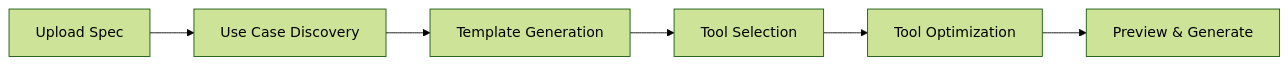
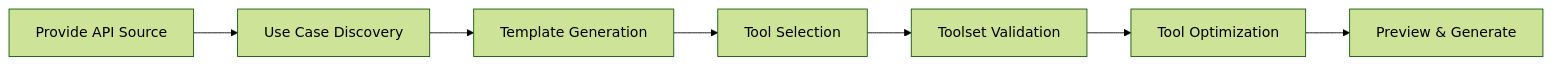
Before and after one commit to caylex-ai/caylex-developer-docs: the diagram in server-foundry/overview.mdx, drawn with Mermaid (forest theme). The commit also changed other lines of this file and 23 other files, not shown here.

````diff
--- a/server-foundry/overview.mdx
+++ b/server-foundry/overview.mdx
@@ -32,8 +54,9 @@
 ```mermaid
 graph LR
-    Upload["Upload Spec"] --> Discovery["Use Case Discovery"]
+    Upload["Provide API Source"] --> Discovery["Use Case Discovery"]
     Discovery --> Templates["Template Generation"]
     Templates --> Selection["Tool Selection"]
-    Selection --> Optimization["Tool Optimization"]
+    Selection --> Validation["Toolset Validation"]
+    Validation --> Optimization["Tool Optimization"]
     Optimization --> Preview["Preview & Generate"]
 ```
````
